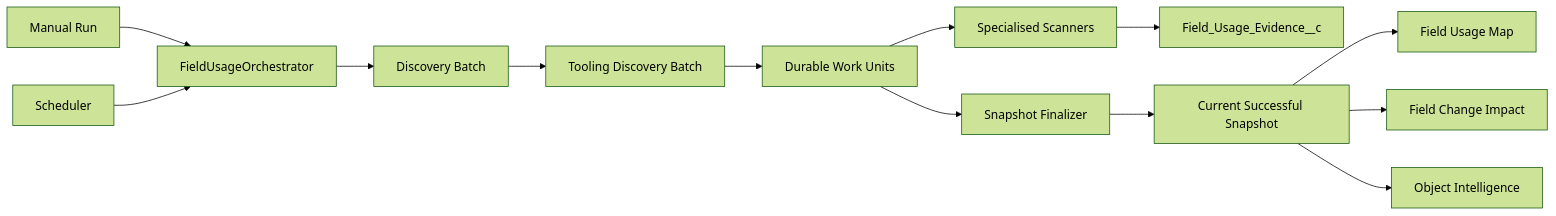
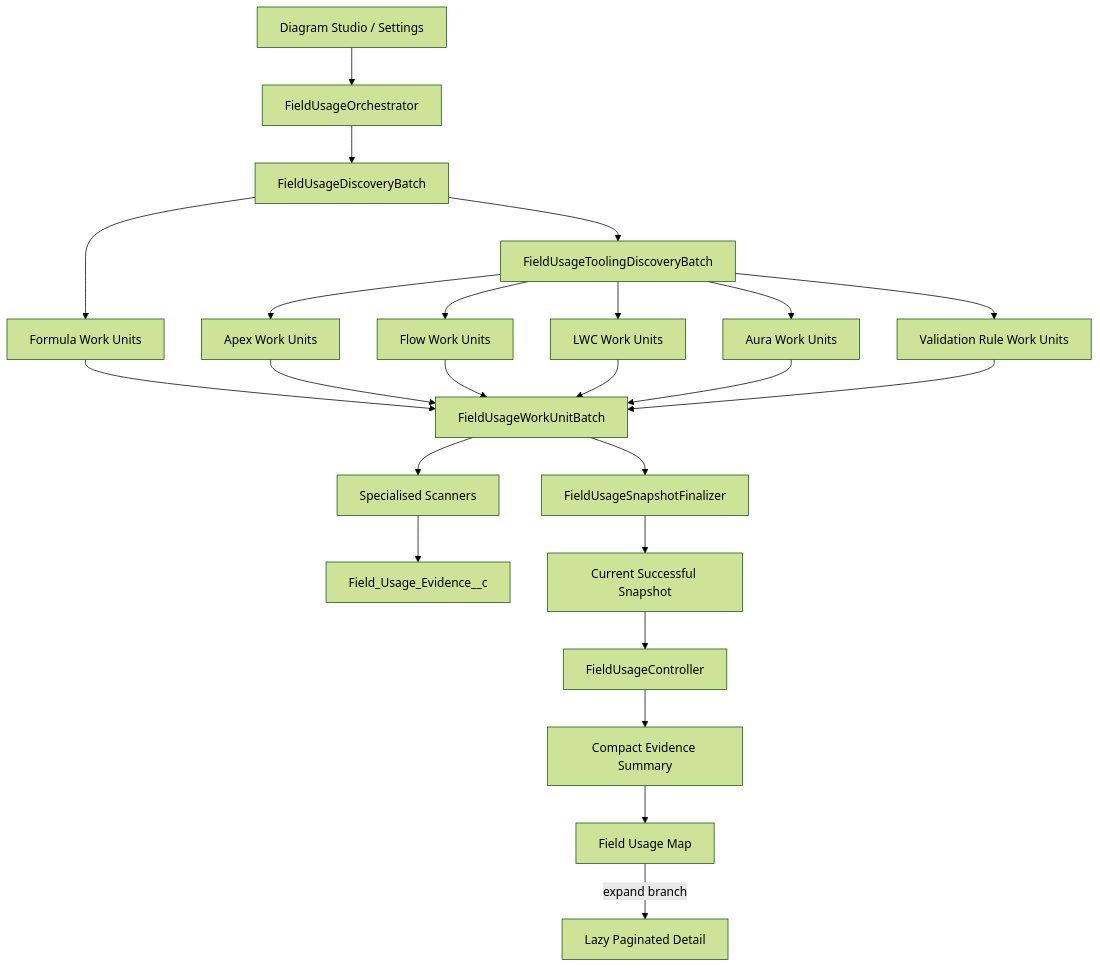
Before and after one commit to vikascohen/Salesforce-ER-Modeller-Studio: the fifth of 8 diagrams in docs/ARCHITECTURE.md, drawn with Mermaid (forest theme). The commit also changed other lines of this file, not shown here.

Commit message:
Consolidate V3 architecture documentation

````diff
--- a/docs/ARCHITECTURE.md
+++ b/docs/ARCHITECTURE.md
@@ -144,15 +224,26 @@
 ```mermaid
-flowchart LR
-    M[Manual Run] --> O[FieldUsageOrchestrator]
-    S[Scheduler] --> O
-    O --> D[Discovery Batch]
-    D --> TD[Tooling Discovery Batch]
-    TD --> W[Durable Work Units]
-    W --> SC[Specialised Scanners]
-    SC --> EV[Field_Usage_Evidence__c]
-    W --> FIN[Snapshot Finalizer]
+flowchart TD
+    UI[Diagram Studio / Settings] --> ORCH[FieldUsageOrchestrator]
+    ORCH --> DISC[FieldUsageDiscoveryBatch]
+    DISC --> FORMULA[Formula Work Units]
+    DISC --> TOOLING[FieldUsageToolingDiscoveryBatch]
+    TOOLING --> APEX[Apex Work Units]
+    TOOLING --> FLOW[Flow Work Units]
+    TOOLING --> LWC[LWC Work Units]
+    TOOLING --> AURA[Aura Work Units]
+    TOOLING --> VALID[Validation Rule Work Units]
+    FORMULA --> WORK[FieldUsageWorkUnitBatch]
+    APEX --> WORK
+    FLOW --> WORK
+    LWC --> WORK
+    AURA --> WORK
+    VALID --> WORK
+    WORK --> SCAN[Specialised Scanners]
+    SCAN --> EV[Field_Usage_Evidence__c]
+    WORK --> FIN[FieldUsageSnapshotFinalizer]
     FIN --> CUR[Current Successful Snapshot]
-    CUR --> MAP[Field Usage Map]
-    CUR --> IMP[Field Change Impact]
-    CUR --> OI[Object Intelligence]
+    CUR --> CTRL[FieldUsageController]
+    CTRL --> SUM[Compact Evidence Summary]
+    SUM --> MAP[Field Usage Map]
+    MAP -->|expand branch| DETAIL[Lazy Paginated Detail]
 ```
````
